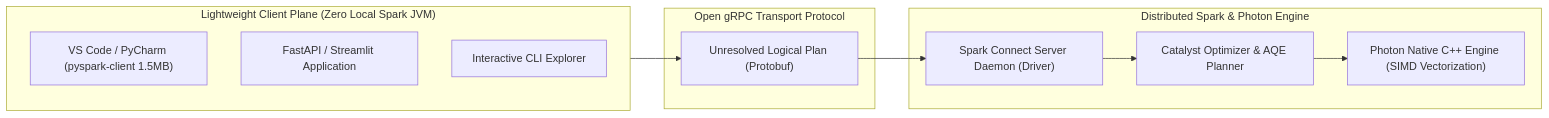
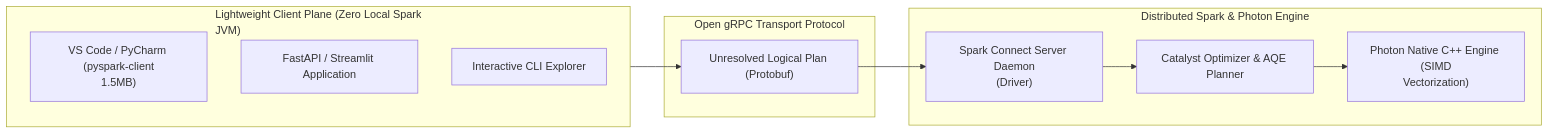
The second of 2 diagrams in architectures/01_catalyst_optimizer_and_tungsten_engine.md (santoshjammi29/pyspark-handbook), drawn with Mermaid before and after one commit. The commit also changed other lines of this file and 14 other files, not shown here.

Commit message:
fix(diagrams): word-wrap labels and escape comparison operators across all diagrams

````diff
--- a/architectures/01_catalyst_optimizer_and_tungsten_engine.md
+++ b/architectures/01_catalyst_optimizer_and_tungsten_engine.md
@@ -188,20 +188,20 @@
 ```mermaid
 flowchart LR
-    subgraph ClientLayer["Lightweight Client Plane (Zero Local Spark JVM)"]
-        IDE["VS Code / PyCharm (pyspark-client 1.5MB)"]
+    subgraph ClientLayer["Lightweight Client Plane (Zero Local Spark<br/>JVM)"]
+        IDE["VS Code / PyCharm (pyspark-client<br/>1.5MB)"]
         Microservice["FastAPI / Streamlit Application"]
         CLI["Interactive CLI Explorer"]
     end
 
     subgraph Proto["Open gRPC Transport Protocol"]
         AST["Unresolved Logical Plan (Protobuf)"]
     end
 
     subgraph RemoteCluster["Distributed Spark & Photon Engine"]
-        Server["Spark Connect Server Daemon (Driver)"]
+        Server["Spark Connect Server Daemon<br/>(Driver)"]
         Catalyst["Catalyst Optimizer & AQE Planner"]
-        Photon["Photon Native C++ Engine (SIMD Vectorization)"]
+        Photon["Photon Native C++ Engine (SIMD<br/>Vectorization)"]
     end
 
     ClientLayer --> AST --> Server --> Catalyst --> Photon
 ```
````
